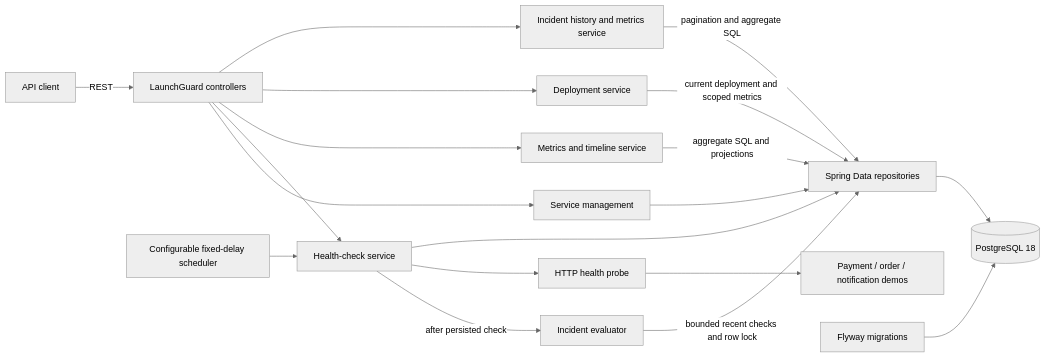
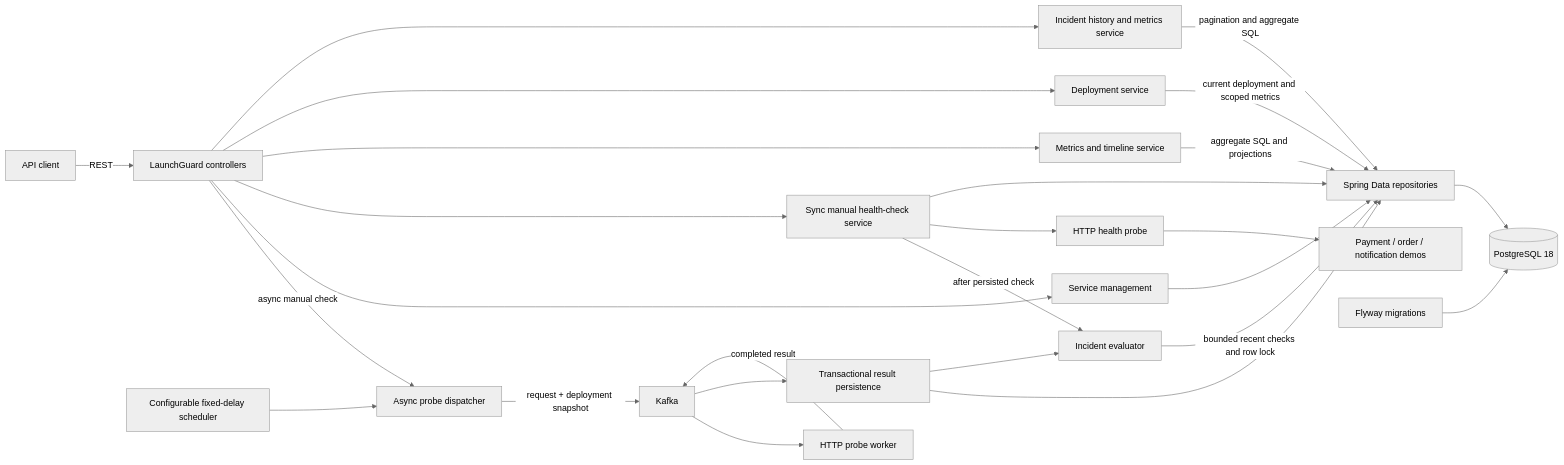
Before and after one commit to doctor277/launchguard: the second of 4 diagrams in README.md, drawn with Mermaid (neutral theme). The commit also changed other lines of this file and 53 other files, not shown here.

Commit message:
V0.6 event-driven health monitoring with Kafka

````diff
--- a/README.md
+++ b/README.md
@@ -78,21 +94,29 @@
 ```mermaid
 flowchart LR
     Client[API client] -->|REST| API[LaunchGuard controllers]
-    Scheduler[Configurable fixed-delay scheduler] --> Engine[Health-check service]
+    Scheduler[Configurable fixed-delay scheduler] --> Dispatch[Async probe dispatcher]
+    API -->|async manual check| Dispatch
+    Dispatch -->|request + deployment snapshot| Kafka[Kafka]
+    Kafka --> Worker[HTTP probe worker]
+    Worker -->|completed result| Kafka
+    Kafka --> Persist[Transactional result persistence]
+    Persist --> Repositories
+    Persist --> Evaluator
+    Engine[Sync manual health-check service]
     API --> Services[Service management]
     API --> Engine
     API --> Analytics[Metrics and timeline service]
     API --> Deployments[Deployment service]
     API --> Incidents[Incident history and metrics service]
     Engine -->|after persisted check| Evaluator[Incident evaluator]
     Services --> Repositories[Spring Data repositories]
     Engine --> Probe[HTTP health probe]
     Engine --> Repositories
     Analytics -->|aggregate SQL and projections| Repositories
     Deployments -->|current deployment and scoped metrics| Repositories
     Incidents -->|pagination and aggregate SQL| Repositories
     Evaluator -->|bounded recent checks and row lock| Repositories
     Probe --> Demos[Payment / order / notification demos]
     Repositories --> PostgreSQL[(PostgreSQL 18)]
     Flyway[Flyway migrations] --> PostgreSQL
 ```
````
